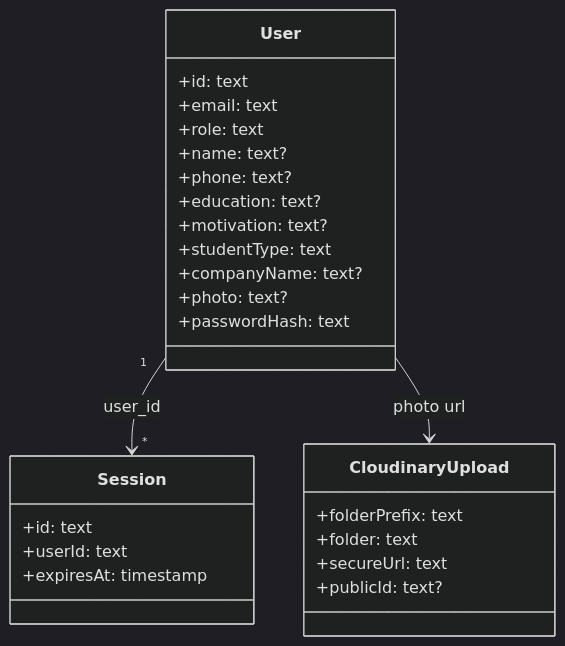
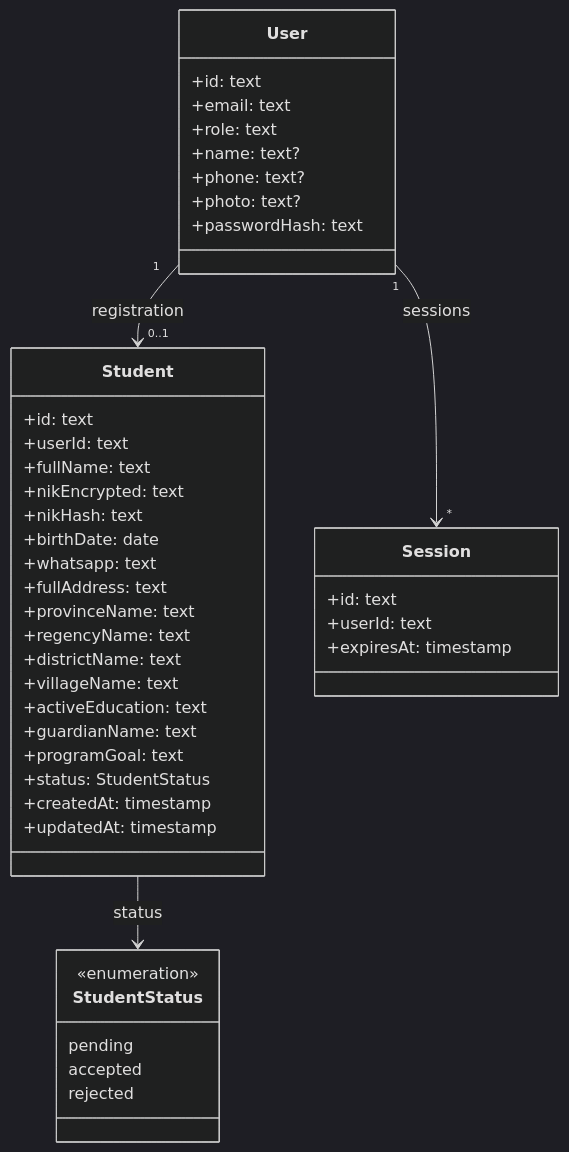
The diagram in docs/design-system-uml/domain-class.md (lutfiangga/nuwaira-web), drawn with Mermaid (dark theme) before and after one commit. The commit also changed 40 other files, not shown here.

Commit message:
add registration student

````diff
--- a/docs/design-system-uml/domain-class.md
+++ b/docs/design-system-uml/domain-class.md
@@ -3,32 +3,50 @@
 ```mermaid
 classDiagram
   class User {
     +id: text
     +email: text
     +role: text
     +name: text?
     +phone: text?
-    +education: text?
-    +motivation: text?
-    +studentType: text
-    +companyName: text?
     +photo: text?
     +passwordHash: text
+  }
+
+  class Student {
+    +id: text
+    +userId: text
+    +fullName: text
+    +nikEncrypted: text
+    +nikHash: text
+    +birthDate: date
+    +whatsapp: text
+    +fullAddress: text
+    +provinceName: text
+    +regencyName: text
+    +districtName: text
+    +villageName: text
+    +activeEducation: text
+    +guardianName: text
+    +programGoal: text
+    +status: StudentStatus
+    +createdAt: timestamp
+    +updatedAt: timestamp
+  }
+
+  class StudentStatus {
+    <<enumeration>>
+    pending
+    accepted
+    rejected
   }
 
   class Session {
     +id: text
     +userId: text
     +expiresAt: timestamp
   }
 
-  class CloudinaryUpload {
-    +folderPrefix: text
-    +folder: text
-    +secureUrl: text
-    +publicId: text?
-  }
-
-  User "1" --> "*" Session : user_id
-  User --> CloudinaryUpload : photo url
+  User "1" --> "0..1" Student : registration
+  User "1" --> "*" Session : sessions
+  Student --> StudentStatus : status
 ```
````
